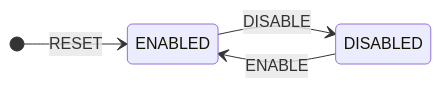
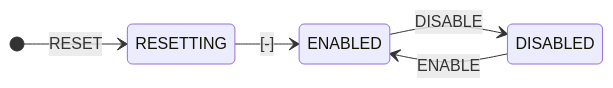
One commit to tfcp68/yantrix changed the third of 11 diagrams in docs/index.md. Above: the diagram before and after it, drawn with Mermaid. The commit also changed other lines of this file and 2 other files, not shown here.

````diff
--- a/docs/index.md
+++ b/docs/index.md
@@ -125,7 +115,8 @@
 ```mermaid
 stateDiagram-v2
 	direction LR
-	[*] --> ENABLED: RESET
+	[*] --> RESETTING: RESET
+	RESETTING --> ENABLED: [-]
 	ENABLED --> DISABLED: DISABLE
 	DISABLED --> ENABLED: ENABLE
 ```
````
